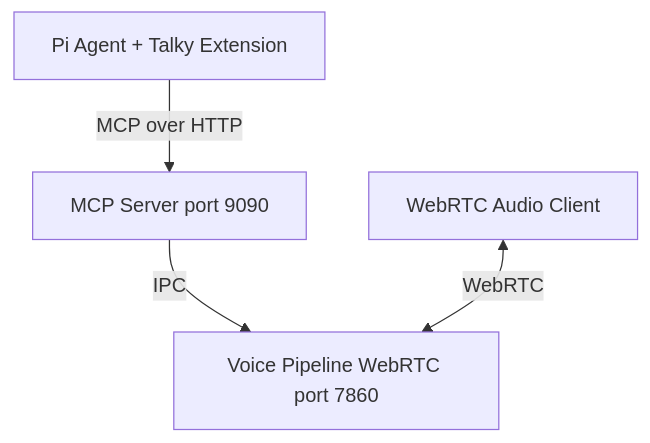
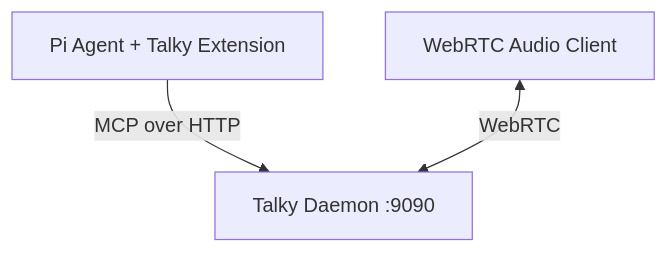
One commit to WinstonFassett/talky changed the diagram in docs/integrations/pi.md. Above: the diagram before and after it, drawn with Mermaid. The commit also changed other lines of this file and 6 other files, not shown here.

First line of the commit message:
docs(5098): purge stale talky-mcp / 7860 / 5173 references

````diff
--- a/docs/integrations/pi.md
+++ b/docs/integrations/pi.md
@@ -11,6 +11,5 @@
 ```mermaid
 graph TB
-    Pi[Pi Agent + Talky Extension] -->|MCP over HTTP| MCP[MCP Server port 9090]
-    MCP -->|IPC| Pipeline[Voice Pipeline WebRTC port 7860]
-    Browser[WebRTC Audio Client] <-->|WebRTC| Pipeline
+    Pi[Pi Agent + Talky Extension] -->|MCP over HTTP| Daemon[Talky Daemon :9090]
+    Browser[WebRTC Audio Client] <-->|WebRTC| Daemon
 ```
````
